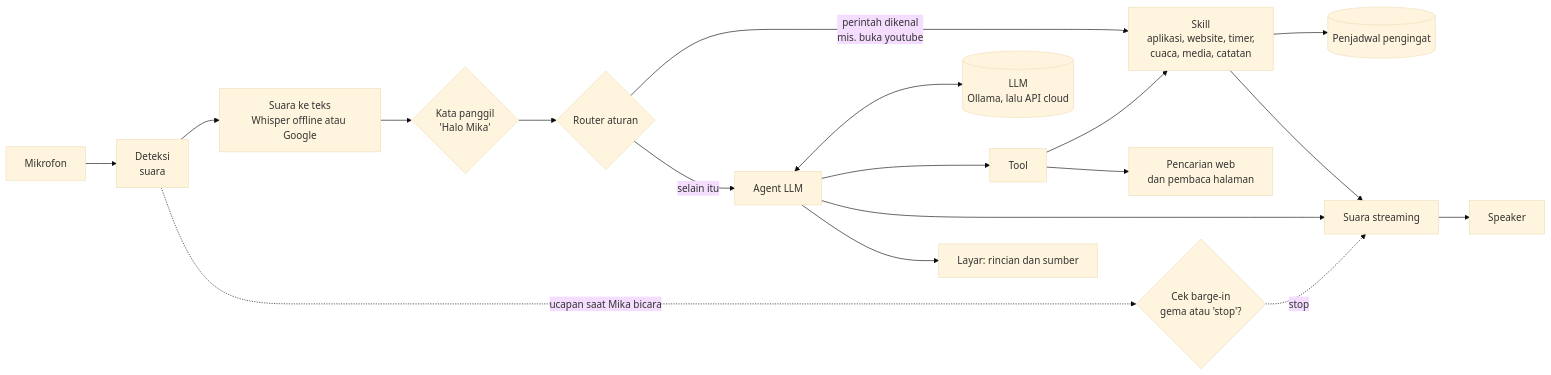
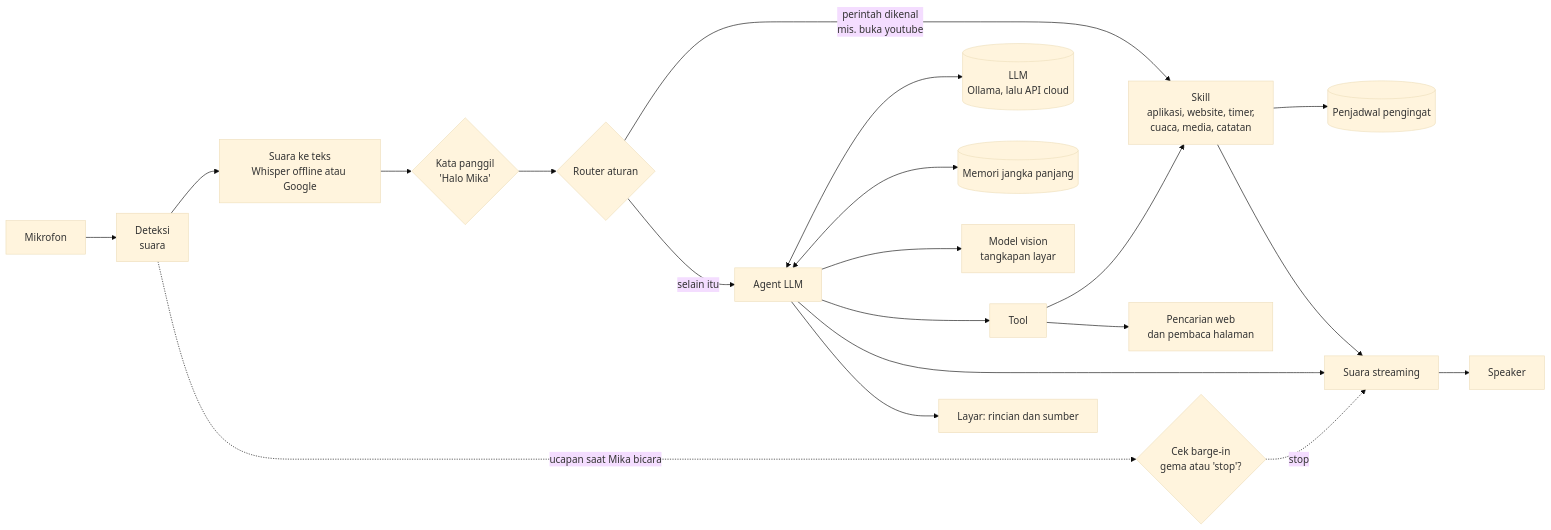
Before and after one commit to Adyifa/my-own-personal-ai: the second of 2 diagrams in README.md, drawn with Mermaid (base theme). The commit also changed other lines of this file and 28 other files, not shown here.

````diff
--- a/README.md
+++ b/README.md
@@ -253,20 +280,22 @@
 ```mermaid
 flowchart LR
     Mic[Mikrofon] --> VAD[Deteksi<br/>suara]
     VAD --> STT[Suara ke teks<br/>Whisper offline atau Google]
     VAD -. "ucapan saat Mika bicara" .-> Barge{"Cek barge-in<br/>gema atau 'stop'?"}
     Barge -. stop .-> TTS
     STT --> Wake{"Kata panggil<br/>'Halo Mika'"}
     Wake --> Router{Router aturan}
     Router -- "perintah dikenal<br/>mis. buka youtube" --> Skills[Skill<br/>aplikasi, website, timer,<br/>cuaca, media, catatan]
     Skills --> Scheduler[(Penjadwal pengingat)]
     Router -- "selain itu" --> Agent[Agent LLM]
     Agent <--> LLM[("LLM<br/>Ollama, lalu API cloud")]
+    Agent <--> Memory[(Memori jangka panjang)]
+    Agent --> Vision[Model vision<br/>tangkapan layar]
     Agent --> Tools[Tool]
     Tools --> Skills
     Tools --> Web[Pencarian web<br/>dan pembaca halaman]
     Agent --> TTS[Suara streaming]
     Skills --> TTS
     Agent --> Screen[Layar: rincian dan sumber]
     TTS --> Speaker[Speaker]
 ```
````
